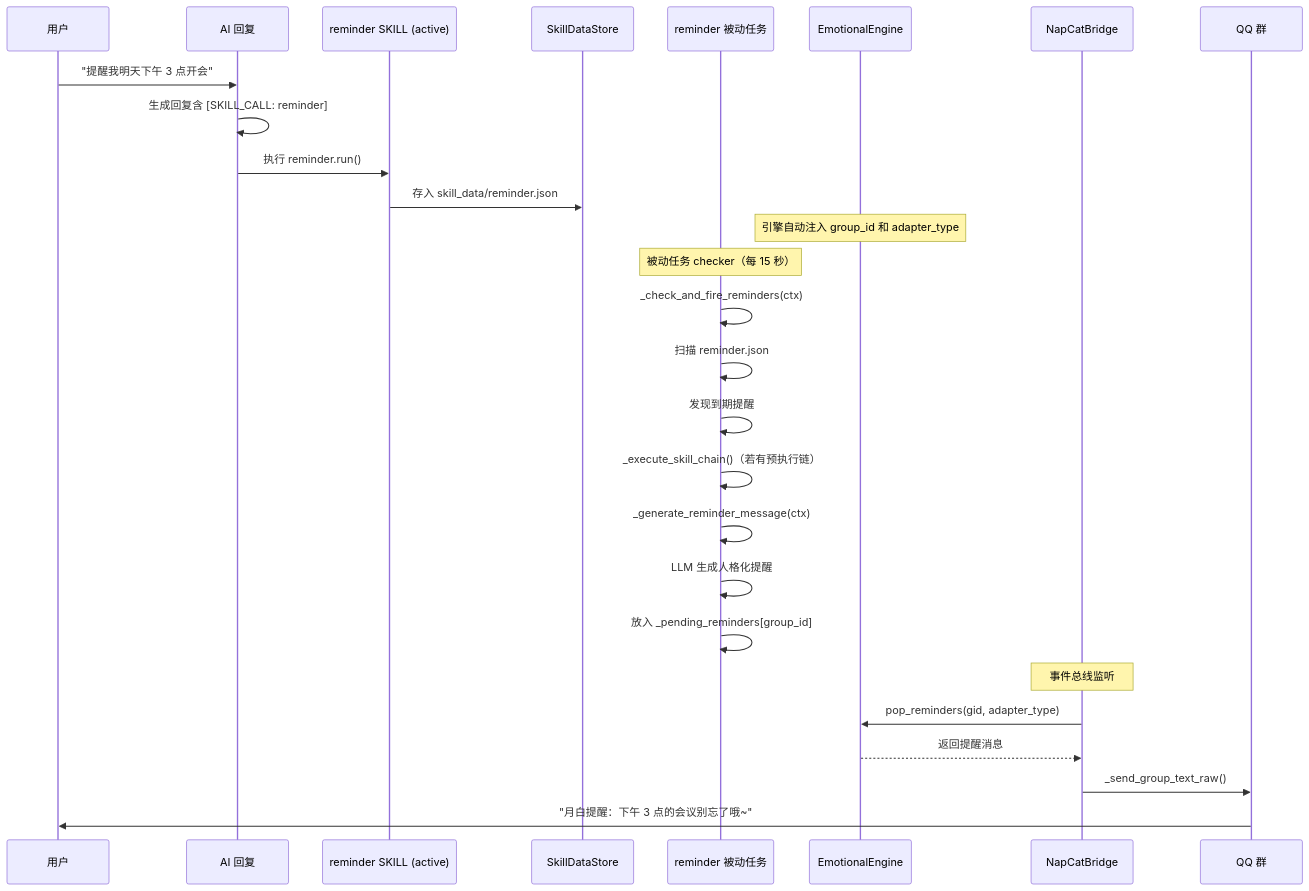
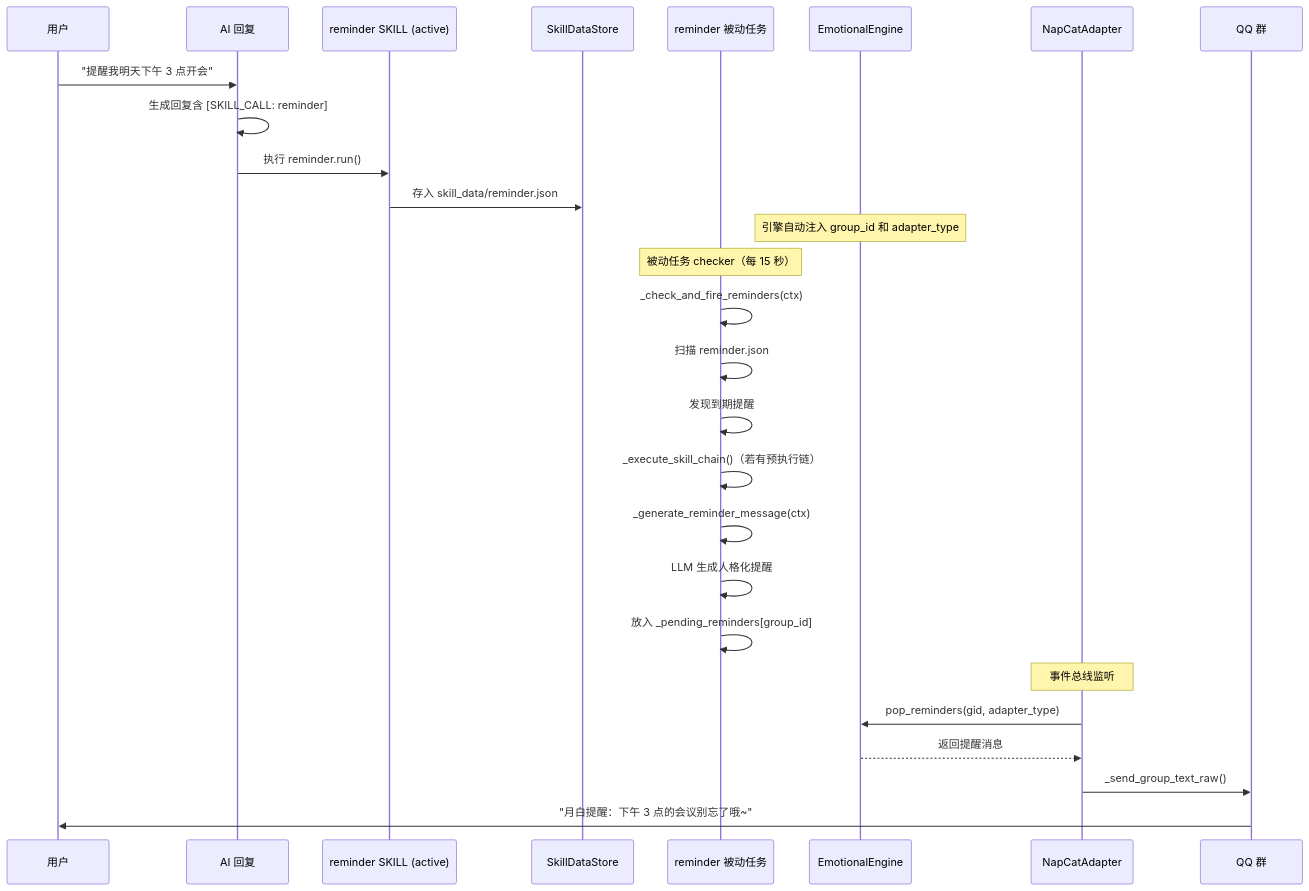
The eighth of 11 diagrams in docs/full-architecture-flow.md (Sparrived/SiriusPulse), drawn with Mermaid before and after one commit. The commit also changed other lines of this file and 20 other files, not shown here.

````diff
--- a/docs/full-architecture-flow.md
+++ b/docs/full-architecture-flow.md
@@ -304,32 +301,32 @@
 ```mermaid
 sequenceDiagram
     participant User as 用户
     participant AI as AI 回复
     participant Skill as reminder SKILL (active)
     participant Store as SkillDataStore
     participant Passive as reminder 被动任务
     participant Engine as EmotionalEngine
-    participant Bridge as NapCatBridge
+    participant Adapter as NapCatAdapter
     participant QQ as QQ 群
 
     User->>AI: "提醒我明天下午 3 点开会"
     AI->>AI: 生成回复含 [SKILL_CALL: reminder]
     AI->>Skill: 执行 reminder.run()
     Skill->>Store: 存入 skill_data/reminder.json
     Note over Engine: 引擎自动注入 group_id 和 adapter_type
 
     Note over Passive: 被动任务 checker（每 15 秒）
     Passive->>Passive: _check_and_fire_reminders(ctx)
     Passive->>Passive: 扫描 reminder.json
     Passive->>Passive: 发现到期提醒
     Passive->>Passive: _execute_skill_chain()（若有预执行链）
     Passive->>Passive: _generate_reminder_message(ctx)
     Passive->>Passive: LLM 生成人格化提醒
     Passive->>Passive: 放入 _pending_reminders[group_id]
 
-    Note over Bridge: 事件总线监听
-    Bridge->>Engine: pop_reminders(gid, adapter_type)
-    Engine-->>Bridge: 返回提醒消息
-    Bridge->>QQ: _send_group_text_raw()
+    Note over Adapter: 事件总线监听
+    Adapter->>Engine: pop_reminders(gid, adapter_type)
+    Engine-->>Adapter: 返回提醒消息
+    Adapter->>QQ: _send_group_text_raw()
     QQ->>User: "月白提醒：下午 3 点的会议别忘了哦~"
 ```
````
